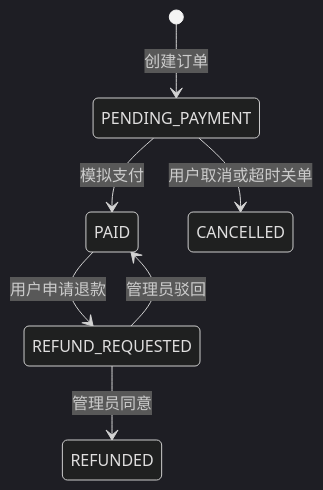
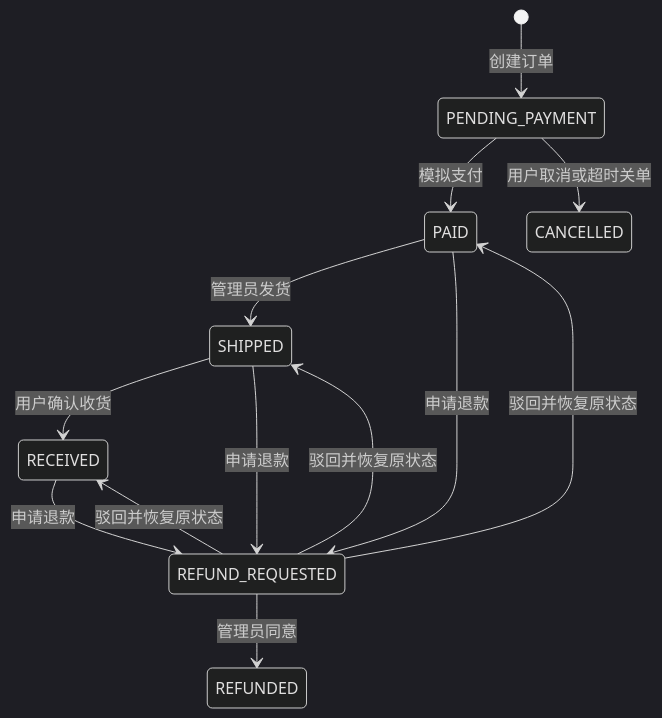
One commit to HHqm/FlashFlow changed the second of 2 diagrams in docs/architecture.md. Above: the diagram before and after it, drawn with Mermaid (dark theme). The commit also changed other lines of this file and 61 other files, not shown here.

````diff
--- a/docs/architecture.md
+++ b/docs/architecture.md
@@ -125,9 +126,15 @@
 ```mermaid
 stateDiagram-v2
     [*] --> PENDING_PAYMENT: 创建订单
     PENDING_PAYMENT --> PAID: 模拟支付
     PENDING_PAYMENT --> CANCELLED: 用户取消或超时关单
-    PAID --> REFUND_REQUESTED: 用户申请退款
-    REFUND_REQUESTED --> PAID: 管理员驳回
+    PAID --> SHIPPED: 管理员发货
+    SHIPPED --> RECEIVED: 用户确认收货
+    PAID --> REFUND_REQUESTED: 申请退款
+    SHIPPED --> REFUND_REQUESTED: 申请退款
+    RECEIVED --> REFUND_REQUESTED: 申请退款
+    REFUND_REQUESTED --> PAID: 驳回并恢复原状态
+    REFUND_REQUESTED --> SHIPPED: 驳回并恢复原状态
+    REFUND_REQUESTED --> RECEIVED: 驳回并恢复原状态
     REFUND_REQUESTED --> REFUNDED: 管理员同意
 ```
````
